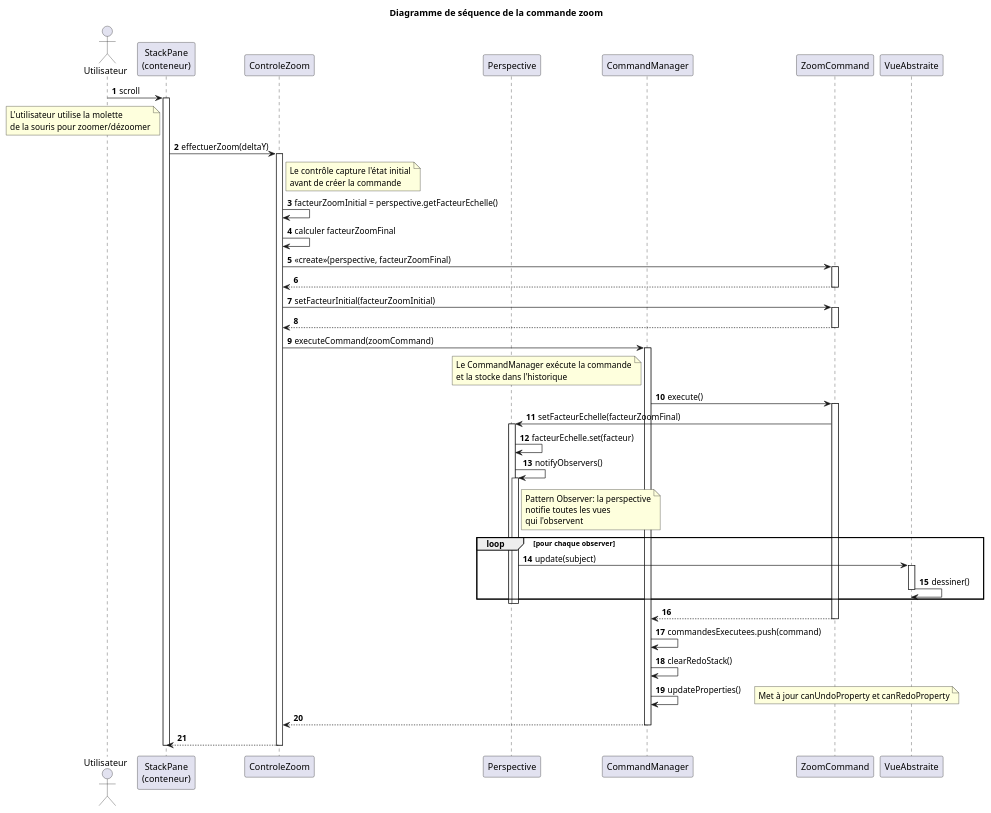
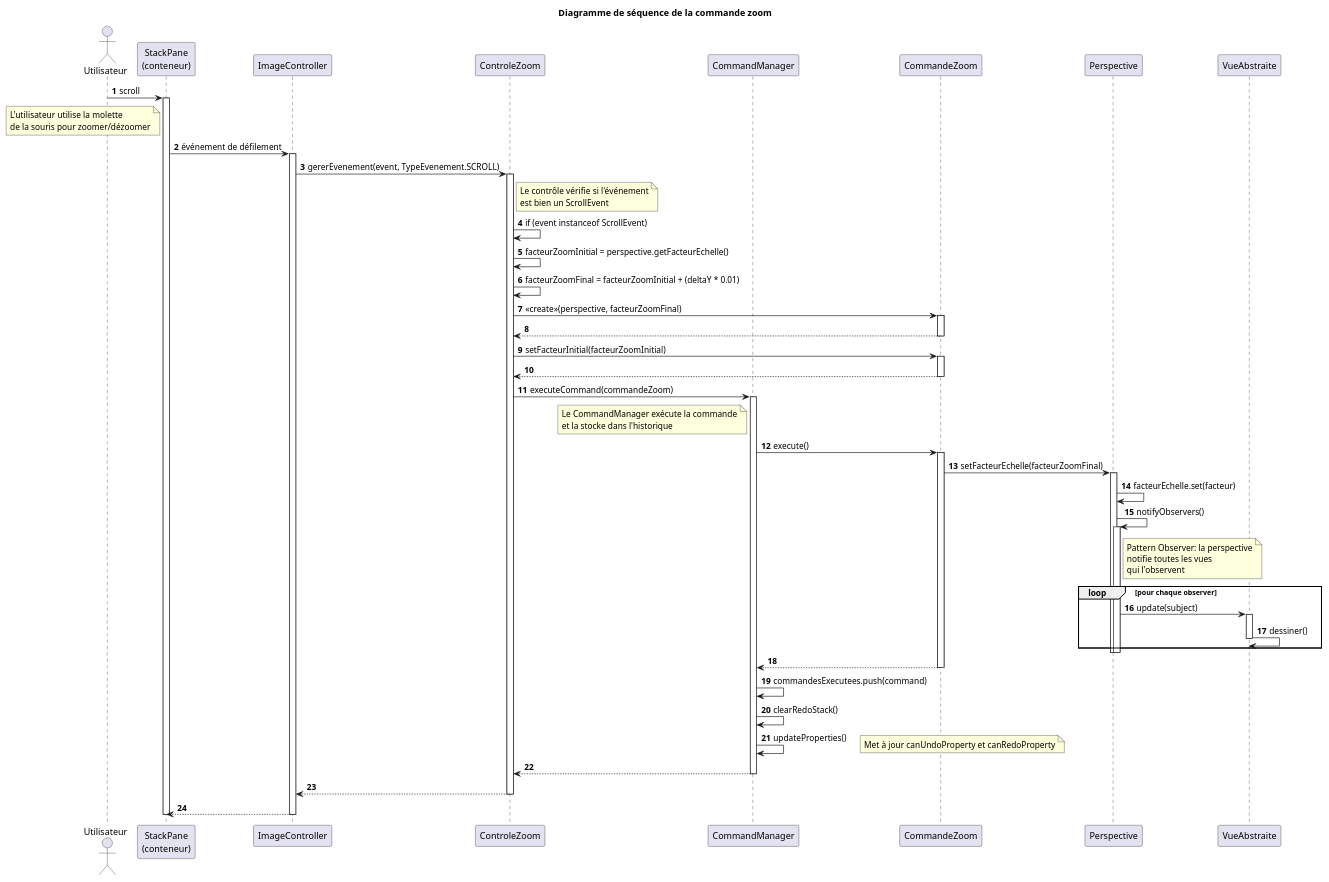
The diagram in docs/ds1.puml (MasterGragra/LOG_Labo5), drawn with PlantUML before and after one commit. The commit also changed 4 other files, not shown here.

```diff
--- a/docs/ds1.puml
+++ b/docs/ds1.puml
@@ -1,81 +1,87 @@
 @startuml
 title Diagramme de séquence de la commande zoom
 autonumber
 
 actor Utilisateur
 participant "StackPane\n(conteneur)" as Pane
+participant "ImageController" as Controller
 participant "ControleZoom" as Controle
+participant "CommandManager" as CmdMgr
+participant "CommandeZoom" as Cmd
 participant "Perspective" as Model
-participant "CommandManager" as CmdMgr
-participant "ZoomCommand" as Cmd
 participant "VueAbstraite" as Vue
 
 Utilisateur -> Pane : scroll
 activate Pane
     note left of Pane
         L'utilisateur utilise la molette
         de la souris pour zoomer/dézoomer
     end note
 
-    Pane -> Controle : effectuerZoom(deltaY)
-    activate Controle
-        note right of Controle
-            Le contrôle capture l'état initial
-            avant de créer la commande
-        end note
-
-        Controle -> Controle : facteurZoomInitial = perspective.getFacteurEchelle()
-        Controle -> Controle : calculer facteurZoomFinal
-
-        Controle -> Cmd : <<create>>(perspective, facteurZoomFinal)
-        activate Cmd
-            Cmd --> Controle
-        deactivate Cmd
-
-        Controle -> Cmd : setFacteurInitial(facteurZoomInitial)
-        activate Cmd
-            Cmd --> Controle
-        deactivate Cmd
-
-        Controle -> CmdMgr : executeCommand(zoomCommand)
-        activate CmdMgr
-            note left of CmdMgr
-                Le CommandManager exécute la commande
-                et la stocke dans l'historique
+    Pane -> Controller : événement de défilement
+    activate Controller
+        Controller -> Controle : gererEvenement(event, TypeEvenement.SCROLL)
+        activate Controle
+            note right of Controle
+                Le contrôle vérifie si l'événement
+                est bien un ScrollEvent
             end note
 
-            CmdMgr -> Cmd : execute()
+            Controle -> Controle : if (event instanceof ScrollEvent)
+            Controle -> Controle : facteurZoomInitial = perspective.getFacteurEchelle()
+            Controle -> Controle : facteurZoomFinal = facteurZoomInitial + (deltaY * 0.01)
+
+            Controle -> Cmd : <<create>>(perspective, facteurZoomFinal)
             activate Cmd
-                Cmd -> Model : setFacteurEchelle(facteurZoomFinal)
-                activate Model
-                    Model -> Model : facteurEchelle.set(facteur)
-                    Model -> Model : notifyObservers()
-                    activate Model
-                        note right of Model
-                            Pattern Observer: la perspective
-                            notifie toutes les vues
-                            qui l'observent
-                        end note
-
-                        loop pour chaque observer
-                            Model -> Vue : update(subject)
-                            activate Vue
-                                Vue -> Vue : dessiner()
-                            deactivate Vue
-                        end
-                    deactivate Model
-                deactivate Model
-                Cmd --> CmdMgr
+                Cmd --> Controle
             deactivate Cmd
 
-            CmdMgr -> CmdMgr : commandesExecutees.push(command)
-            CmdMgr -> CmdMgr : clearRedoStack()
-            CmdMgr -> CmdMgr : updateProperties()
-            note right: Met à jour canUndoProperty et canRedoProperty
-            CmdMgr --> Controle
-        deactivate CmdMgr
-        Controle --> Pane
-    deactivate Controle
+            Controle -> Cmd : setFacteurInitial(facteurZoomInitial)
+            activate Cmd
+                Cmd --> Controle
+            deactivate Cmd
+
+            Controle -> CmdMgr : executeCommand(commandeZoom)
+            activate CmdMgr
+                note left of CmdMgr
+                    Le CommandManager exécute la commande
+                    et la stocke dans l'historique
+                end note
+
+                CmdMgr -> Cmd : execute()
+                activate Cmd
+                    Cmd -> Model : setFacteurEchelle(facteurZoomFinal)
+                    activate Model
+                        Model -> Model : facteurEchelle.set(facteur)
+                        Model -> Model : notifyObservers()
+                        activate Model
+                            note right of Model
+                                Pattern Observer: la perspective
+                                notifie toutes les vues
+                                qui l'observent
+                            end note
+
+                            loop pour chaque observer
+                                Model -> Vue : update(subject)
+                                activate Vue
+                                    Vue -> Vue : dessiner()
+                                deactivate Vue
+                            end
+                        deactivate Model
+                    deactivate Model
+                    Cmd --> CmdMgr
+                deactivate Cmd
+
+                CmdMgr -> CmdMgr : commandesExecutees.push(command)
+                CmdMgr -> CmdMgr : clearRedoStack()
+                CmdMgr -> CmdMgr : updateProperties()
+                note right: Met à jour canUndoProperty et canRedoProperty
+                CmdMgr --> Controle
+            deactivate CmdMgr
+            Controle --> Controller
+        deactivate Controle
+        Controller --> Pane
+    deactivate Controller
 deactivate Pane
 
 @enduml
```
